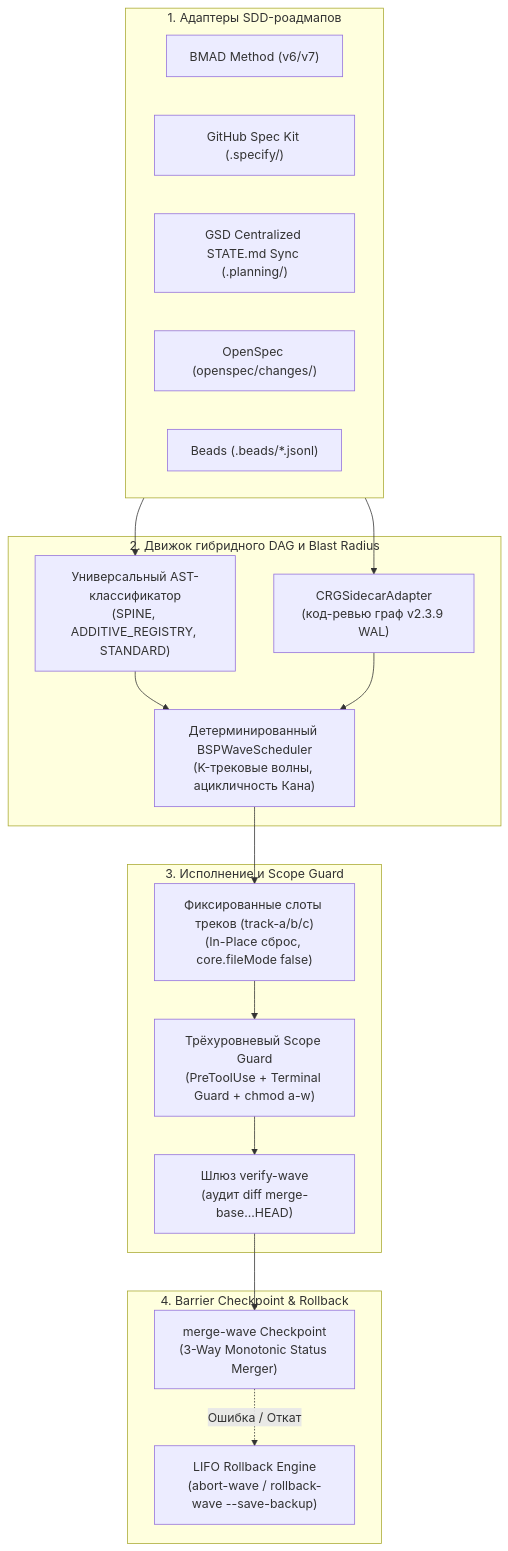
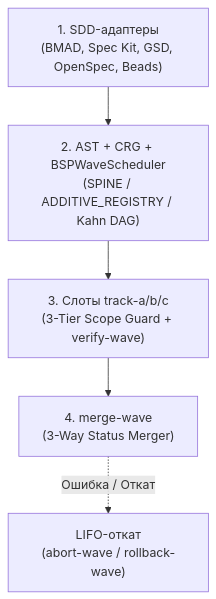
Before and after one commit to stopActingSoSmall/sdd-parallel: the diagram in docs/i18n/ru/README.md, drawn with Mermaid. The commit also changed other lines of this file and 8 other files, not shown here.

````diff
--- a/docs/i18n/ru/README.md
+++ b/docs/i18n/ru/README.md
@@ -585,40 +238,7 @@
 ```mermaid
 flowchart TD
-    subgraph Inputs["1. Адаптеры SDD-роадмапов"]
-        BMAD["BMAD Method (v6/v7)"]
-        SpecKit["GitHub Spec Kit (.specify/)"]
-        GSD["GSD Centralized STATE.md Sync (.planning/)"]
-        OpenSpec["OpenSpec (openspec/changes/)"]
-        Beads["Beads (.beads/*.jsonl)"]
-    end
-
-    subgraph Engine["2. Движок гибридного DAG и Blast Radius"]
-        AST["Универсальный AST-классификатор
-(SPINE, ADDITIVE_REGISTRY, STANDARD)"]
-        CRG["CRGSidecarAdapter
-(код-ревью граф v2.3.9 WAL)"]
-        BSP["Детерминированный BSPWaveScheduler
-(K-трековые волны, ацикличность Кана)"]
-    end
-
-    subgraph Actuation["3. Исполнение и Scope Guard"]
-        Slots["Фиксированные слоты треков (track-a/b/c)
-(In-Place сброс, core.fileMode false)"]
-        Guard["Трёхуровневый Scope Guard
-(PreToolUse + Terminal Guard + chmod a-w)"]
-        Verify["Шлюз verify-wave
-(аудит diff merge-base...HEAD)"]
-    end
-
-    subgraph Barrier["4. Barrier Checkpoint & Rollback"]
-        Merge["merge-wave Checkpoint\n(3-Way Monotonic Status Merger)"]
-        Rollback["LIFO Rollback Engine\n(abort-wave / rollback-wave --save-backup)"]
-    end
-
-    Inputs --> AST & CRG
-    AST & CRG --> BSP
-    BSP --> Slots
-    Slots --> Guard --> Verify
-    Verify --> Merge
-    Merge -. Ошибка / Откат .-> Rollback
+    Inputs["1. SDD-адаптеры\n(BMAD, Spec Kit, GSD, OpenSpec, Beads)"] --> Engine["2. AST + CRG + BSPWaveScheduler\n(SPINE / ADDITIVE_REGISTRY / Kahn DAG)"]
+    Engine --> Actuation["3. Слоты track-a/b/c\n(3-Tier Scope Guard + verify-wave)"]
+    Actuation --> Barrier["4. merge-wave\n(3-Way Status Merger)"]
+    Barrier -. Ошибка / Откат .-> Rollback["LIFO-откат\n(abort-wave / rollback-wave)"]
 ```
````
